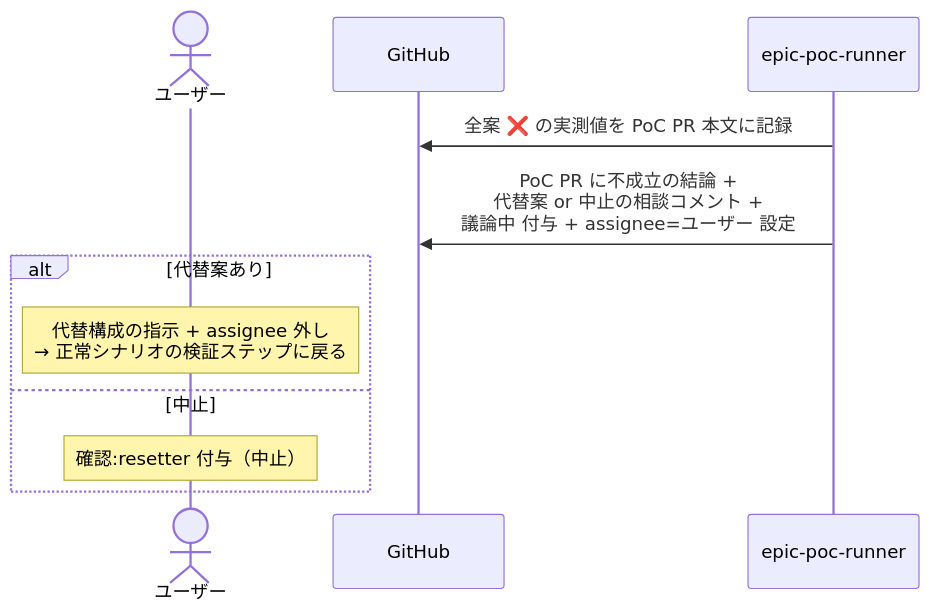
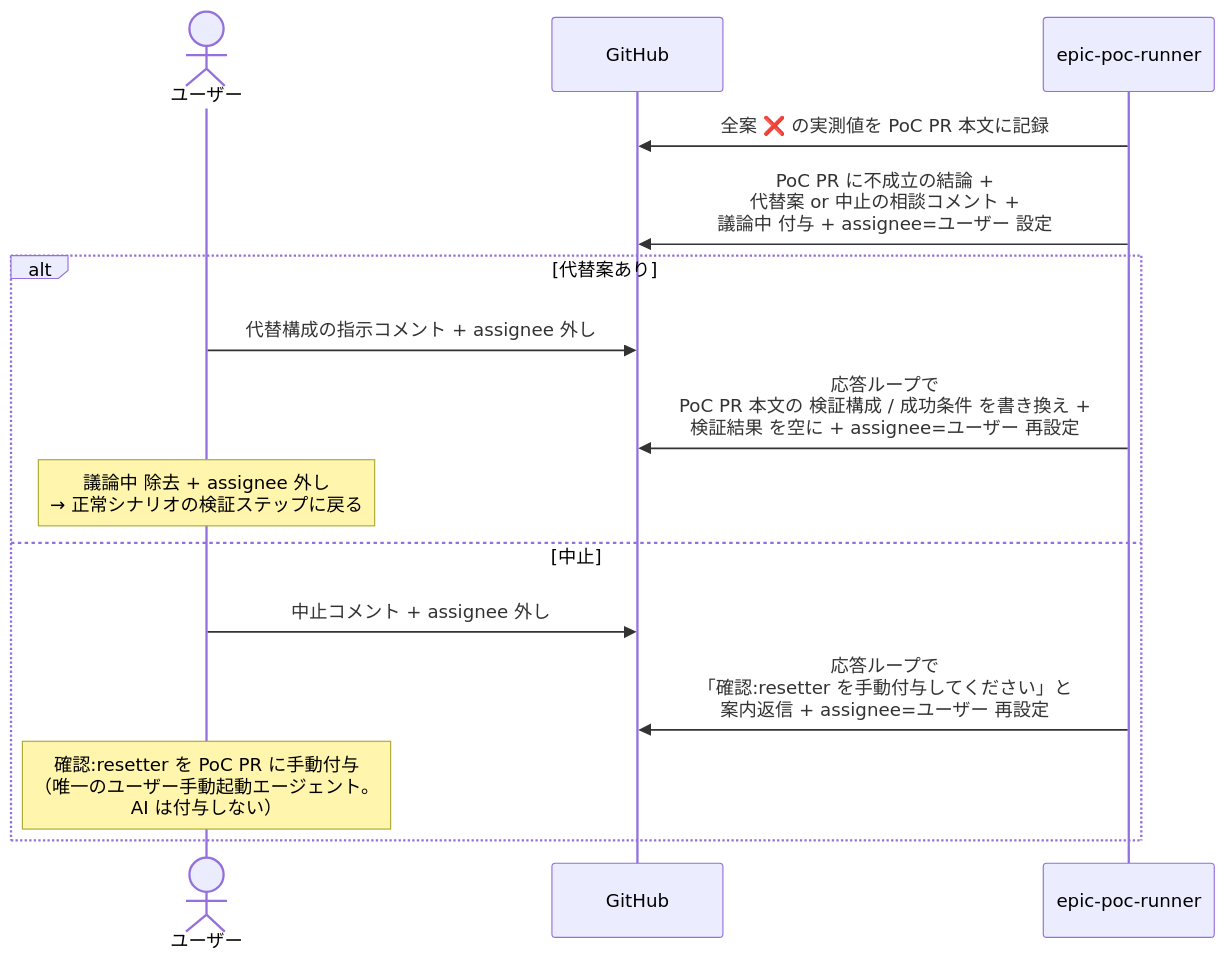
Before and after one commit to shuhei1101/ai-monitor: the second of 2 diagrams in docs/wiki/設計図/シナリオ/単一ユースケース/実現可能性PoC検証.md, drawn with Mermaid. The commit also changed other lines of this file and 3 other files, not shown here.

````diff
--- a/docs/wiki/設計図/シナリオ/単一ユースケース/実現可能性PoC検証.md
+++ b/docs/wiki/設計図/シナリオ/単一ユースケース/実現可能性PoC検証.md
@@ -105,14 +105,18 @@
 ```mermaid
 sequenceDiagram
   actor U as ユーザー
   participant GH as GitHub
   participant MON as epic-poc-runner
 
   MON->>GH: 全案 ❌ の実測値を PoC PR 本文に記録
   MON->>GH: PoC PR に不成立の結論 +<br>代替案 or 中止の相談コメント +<br>議論中 付与 + assignee=ユーザー 設定
   alt 代替案あり
-    Note over U: 代替構成の指示 + assignee 外し<br>→ 正常シナリオの検証ステップに戻る
+    U->>GH: 代替構成の指示コメント + assignee 外し
+    MON->>GH: 応答ループで<br>PoC PR 本文の 検証構成 / 成功条件 を書き換え +<br>検証結果 を空に + assignee=ユーザー 再設定
+    Note over U: 議論中 除去 + assignee 外し<br>→ 正常シナリオの検証ステップに戻る
   else 中止
-    Note over U: 確認:resetter 付与（中止）
+    U->>GH: 中止コメント + assignee 外し
+    MON->>GH: 応答ループで<br>「確認:resetter を手動付与してください」と<br>案内返信 + assignee=ユーザー 再設定
+    Note over U: 確認:resetter を PoC PR に手動付与<br>（唯一のユーザー手動起動エージェント。<br>AI は付与しない）
   end
 ```
````
